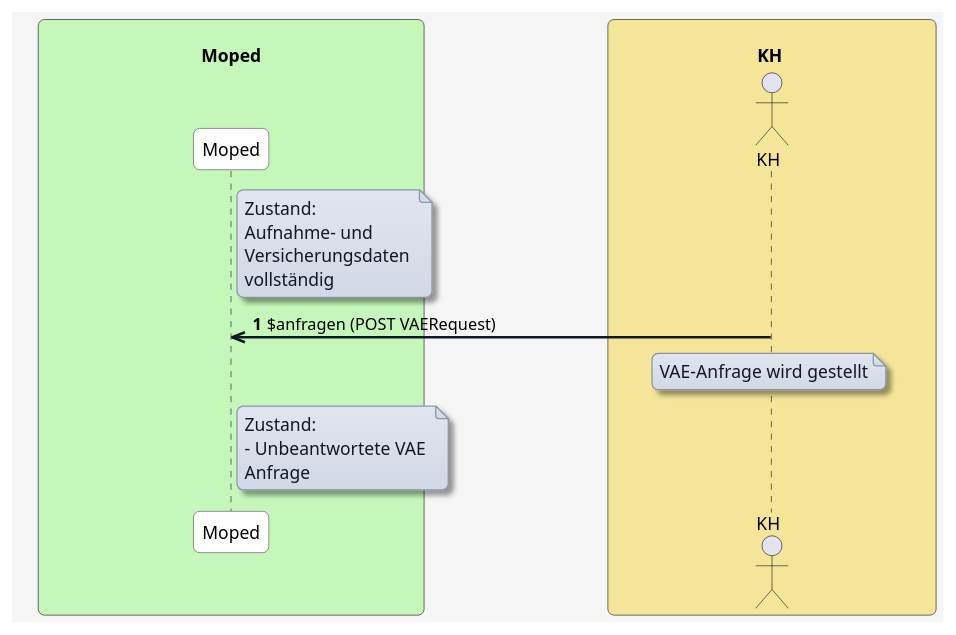
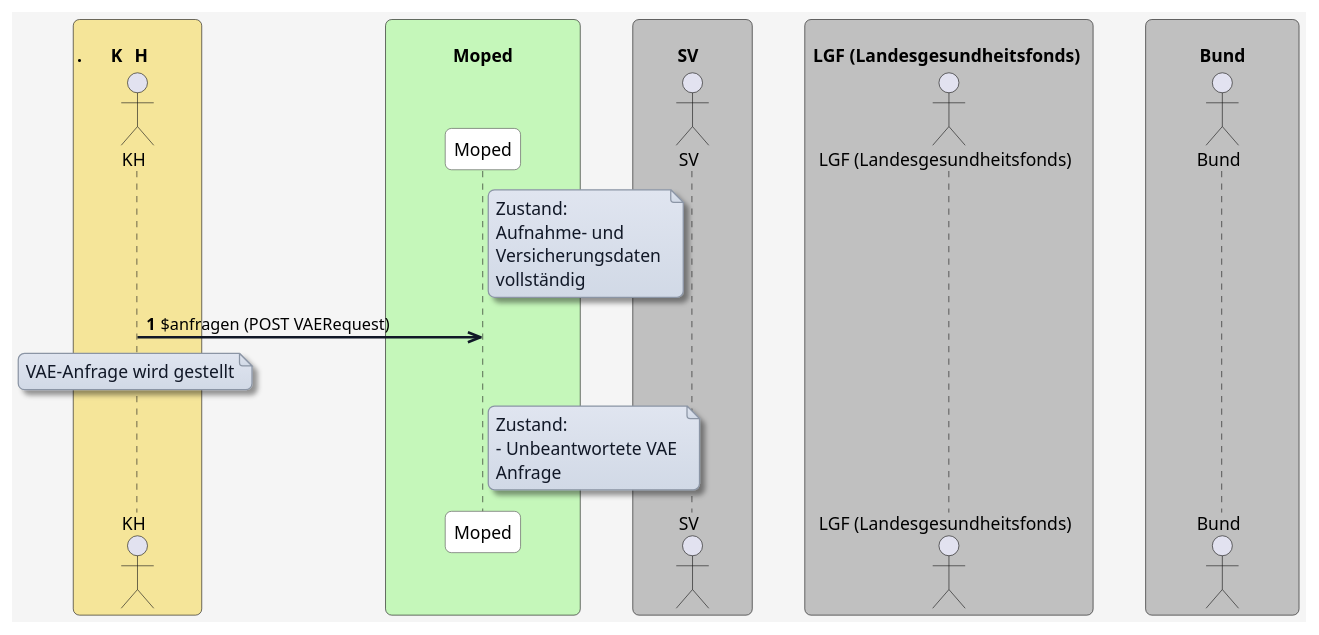
One commit to HL7Austria/ELGA-MOPED-R5 changed the diagram in input/images-source/anfragen.plantuml. Above: the diagram before and after it, drawn with PlantUML. The commit also changed 1 other file, not shown here.

```diff
--- a/input/images-source/anfragen.plantuml
+++ b/input/images-source/anfragen.plantuml
@@ -1,69 +1,80 @@
 @startuml
 skinparam borderColor #000000
 skinparam backgroundColor #f5f5f5
 skinparam shadowing false
 skinparam roundCorner 10
 skinparam defaultFontName "Arial"
 skinparam defaultFontSize 14
 skinparam defaultFontColor #000000
 
 skinparam note {
   BackgroundColor #e0e5f0-#d1d9e6
   BorderColor #8b95a5
   BorderThickness 1
   RoundCorner 8
   Padding 6
   FontColor #111827
   Shadowing true
 }
 
 skinparam HyperlinkColor #0000EE
 skinparam HyperlinkUnderline false
 
 skinparam sequence {
   ParticipantBorderColor #555555
   ParticipantBackgroundColor #ffffff
   ParticipantFontColor #000000
   ParticipantFontSize 14
   ParticipantPadding 20
   ArrowColor #111827
   ArrowThickness 2
   ArrowFontColor #000000
   ArrowFontSize 13
   GroupBorderColor #111827
   GroupBackgroundColor #f3f4f6
   GroupBorderThickness 1
 }
 
 skinparam BoxPadding 20
 skinparam BoxBorderColor #555555
 
-box "\n                                   Moped                                   " #c5f7ba
+
+box "\n.         KH           " #f5e599
+  actor KH as "KH"
+end box
+
+box "\n              Moped              " #c5f7ba
   participant MP as "Moped"
 end box
 
-box "\n                                KH                                 " #f5e599
-  actor KH as "KH"
+box "\n         SV           " #c0c0c0
+  actor SV as "SV"
 end box
 
+box "\n LGF (Landesgesundheitsfonds)  " #c0c0c0
+  actor LGF as "LGF (Landesgesundheitsfonds)"
+end box
 
+box "\n           Bund           " #c0c0c0
+  actor Bund as "Bund"
+end box
 
 autonumber
 
 note right of MP
 Zustand:
 Aufnahme- und 
 Versicherungsdaten 
 vollständig
 end note
 
 KH ->> MP: $anfragen (POST VAERequest)
 Note over KH: VAE-Anfrage wird gestellt
 
 note right of MP
 Zustand:
 - Unbeantwortete VAE 
 Anfrage
 end note
 
 @enduml
```
